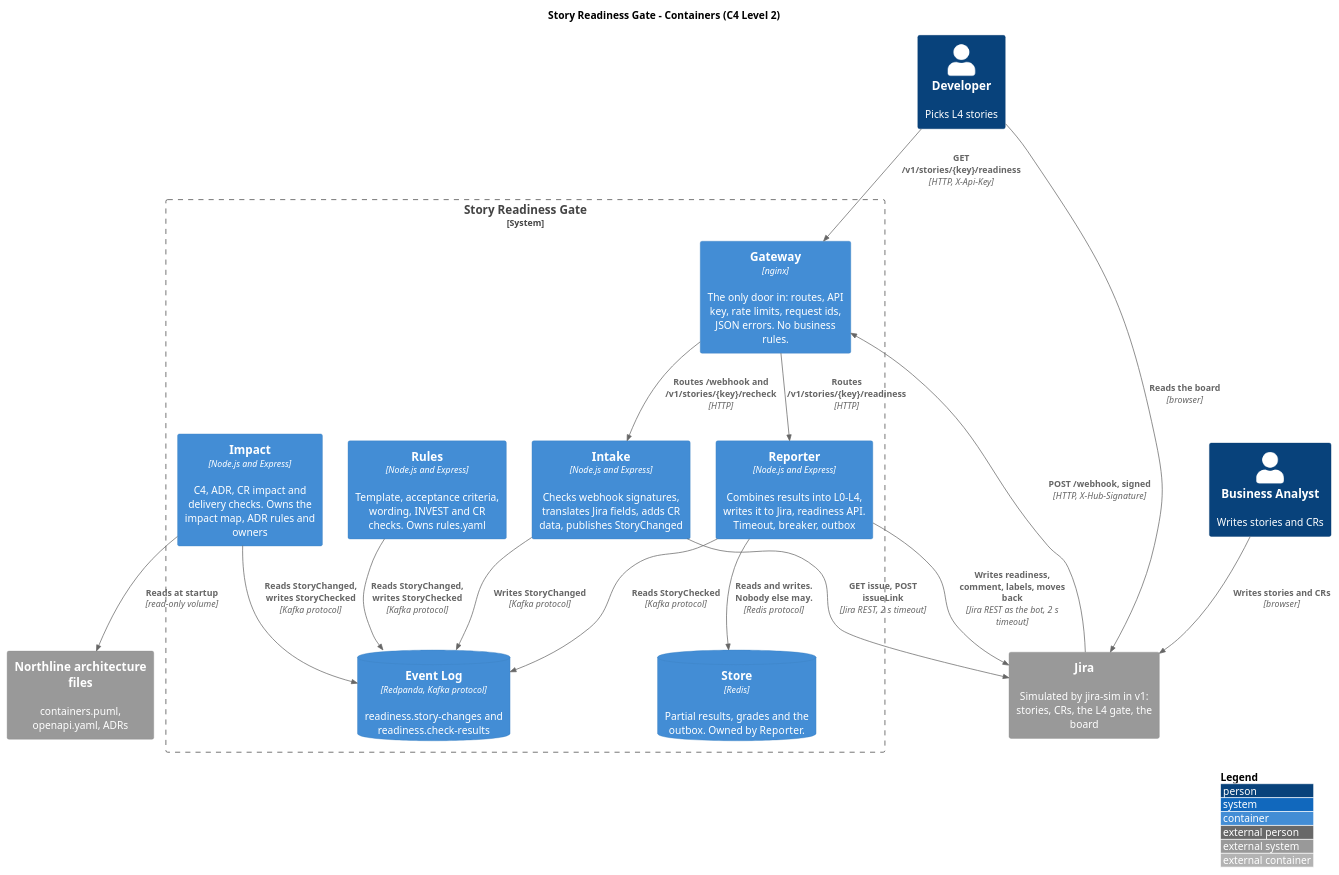
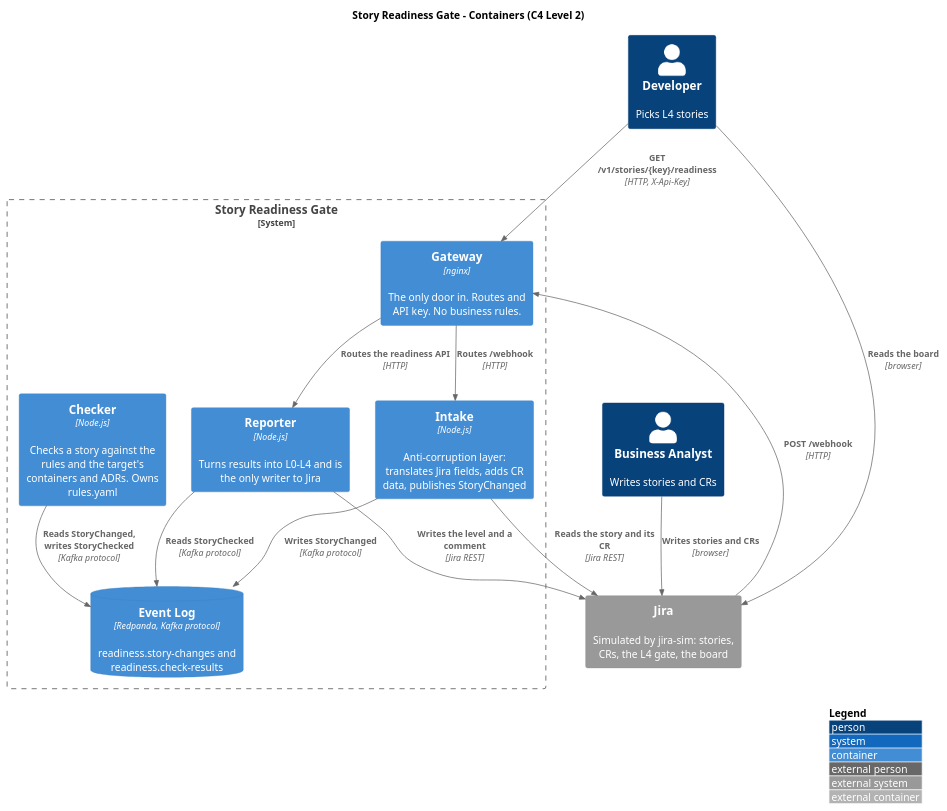
The diagram in docs/containers.puml (whereismyname7/us-enforcer), drawn with PlantUML before and after one commit. The commit also changed other lines of this file and 168 other files, not shown here.

```diff
--- a/docs/containers.puml
+++ b/docs/containers.puml
@@ -2,59 +1,31 @@
 @startuml containers
-
-' Load the C4 shapes for a Level 2 container diagram.
-' The angle brackets take it from the library inside PlantUML, so no internet is needed.
 !include <C4/C4_Container>
 
-' The title tells the reader which zoom level they are looking at.
 title Story Readiness Gate - Containers (C4 Level 2)
-
-' Put a small legend at the bottom explaining the colours.
 LAYOUT_WITH_LEGEND()
 
-' The people are the same as on Level 1. We keep them for context.
 Person(ba, "Business Analyst", "Writes stories and CRs")
 Person(developer, "Developer", "Picks L4 stories")
+System_Ext(jira, "Jira", "Simulated by jira-sim: stories, CRs, the L4 gate, the board")
 
-' Systems somebody else owns.
-System_Ext(jira, "Jira", "Simulated by jira-sim in v1: stories, CRs, the L4 gate, the board")
-System_Ext(arch_files, "Northline architecture files", "containers.puml, openapi.yaml, ADRs")
-
-' A System_Boundary draws a dotted line around everything we own.
 System_Boundary(srg, "Story Readiness Gate") {
-
-  ' A Container is one separately running piece of software.
-  ' The parts are: id, name, technology, description.
-  Container(gateway, "Gateway", "nginx", "The only door in: routes, API key, rate limits, request ids, JSON errors. No business rules.")
-
-  Container(intake, "Intake", "Node.js and Express", "Checks webhook signatures, translates Jira fields, adds CR data, publishes StoryChanged")
-
-  Container(rules, "Rules", "Node.js and Express", "Template, acceptance criteria, wording, INVEST and CR checks. Owns rules.yaml")
-
-  Container(impact, "Impact", "Node.js and Express", "C4, ADR, CR impact and delivery checks. Owns the impact map, ADR rules and owners")
-
-  Container(reporter, "Reporter", "Node.js and Express", "Combines results into L0-L4, writes it to Jira, readiness API. Timeout, breaker, outbox")
-
-  ' ContainerDb draws the same box shaped like a cylinder, for data stores.
+  Container(gateway, "Gateway", "nginx", "The only door in. Routes and API key. No business rules.")
+  Container(intake, "Intake", "Node.js", "Anti-corruption layer: translates Jira fields, adds CR data, publishes StoryChanged")
+  Container(checker, "Checker", "Node.js", "Checks a story against the rules and the target's containers and ADRs. Owns rules.yaml")
+  Container(reporter, "Reporter", "Node.js", "Turns results into L0-L4 and is the only writer to Jira")
   ContainerDb(events, "Event Log", "Redpanda, Kafka protocol", "readiness.story-changes and readiness.check-results")
-
-  ContainerDb(store, "Store", "Redis", "Partial results, grades and the outbox. Owned by Reporter.")
 }
 
-' Rel draws an arrow. The last value is the technology used for the call.
 Rel(ba, jira, "Writes stories and CRs", "browser")
 Rel(developer, jira, "Reads the board", "browser")
-Rel(jira, gateway, "POST /webhook, signed", "HTTP, X-Hub-Signature")
 Rel(developer, gateway, "GET /v1/stories/{key}/readiness", "HTTP, X-Api-Key")
-Rel(gateway, intake, "Routes /webhook and /v1/stories/{key}/recheck", "HTTP")
-Rel(gateway, reporter, "Routes /v1/stories/{key}/readiness", "HTTP")
-Rel(intake, jira, "GET issue, POST issueLink", "Jira REST, 2 s timeout")
+Rel(jira, gateway, "POST /webhook", "HTTP")
+Rel(gateway, intake, "Routes /webhook", "HTTP")
+Rel(gateway, reporter, "Routes the readiness API", "HTTP")
+Rel(intake, jira, "Reads the story and its CR", "Jira REST")
 Rel(intake, events, "Writes StoryChanged", "Kafka protocol")
-Rel(rules, events, "Reads StoryChanged, writes StoryChecked", "Kafka protocol")
-Rel(impact, events, "Reads StoryChanged, writes StoryChecked", "Kafka protocol")
-Rel(impact, arch_files, "Reads at startup", "read-only volume")
+Rel(checker, events, "Reads StoryChanged, writes StoryChecked", "Kafka protocol")
 Rel(reporter, events, "Reads StoryChecked", "Kafka protocol")
-Rel(reporter, store, "Reads and writes. Nobody else may.", "Redis protocol")
-Rel(reporter, jira, "Writes readiness, comment, labels, moves back", "Jira REST as the bot, 2 s timeout")
+Rel(reporter, jira, "Writes the level and a comment", "Jira REST")
 
-' Close the diagram.
 @enduml
```
